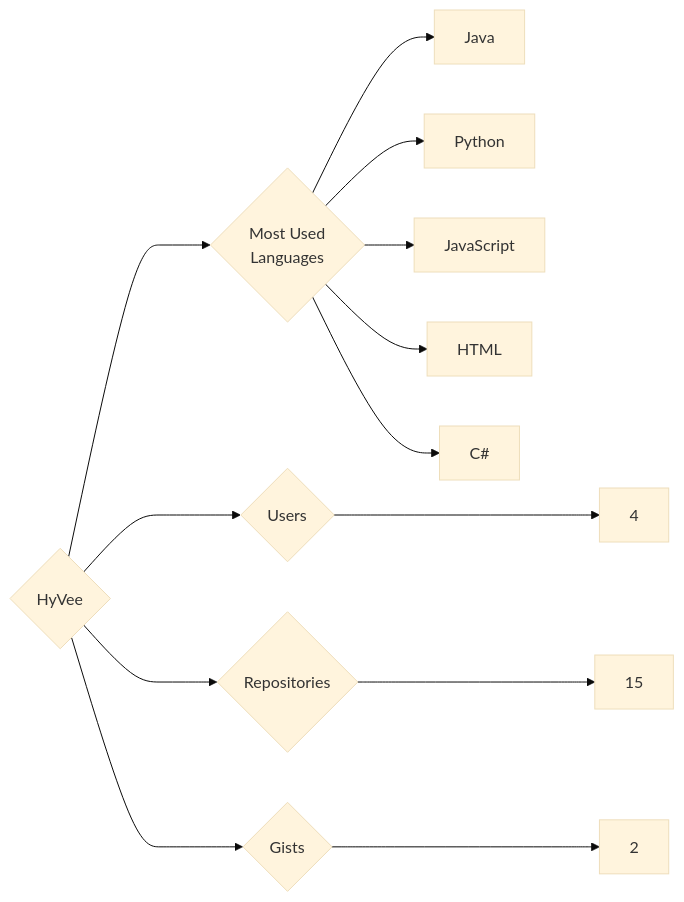
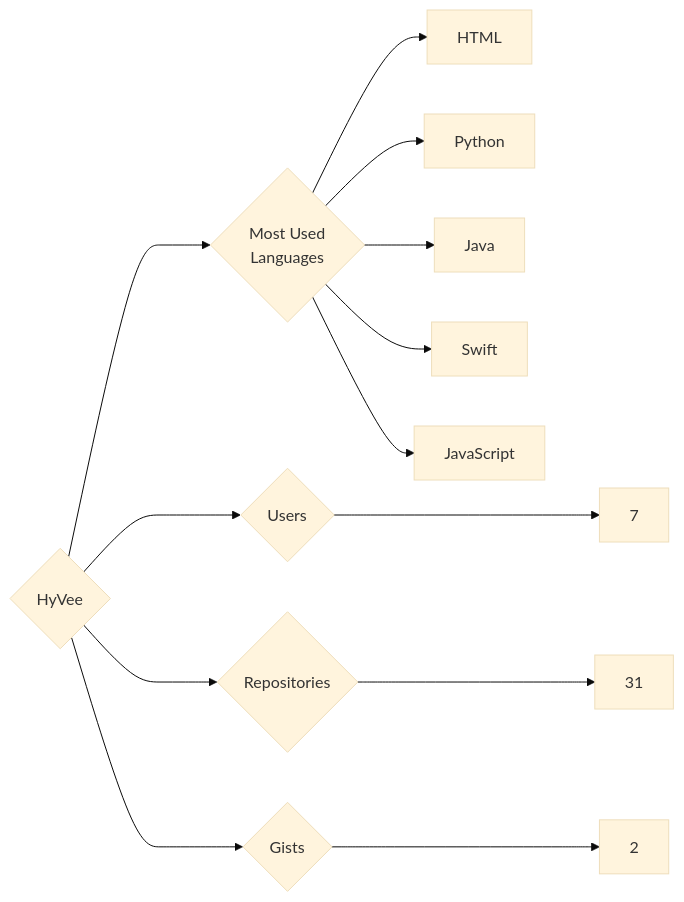
Before and after one commit to trickest/insiders: the diagram in targets/HyVee/README.md, drawn with Mermaid (base theme). The commit also changed 938 other files, not shown here.

````diff
--- a/targets/HyVee/README.md
+++ b/targets/HyVee/README.md
@@ -3,13 +3,13 @@
 ```mermaid
 graph LR
 COMPANY_NAME{HyVee}
-COMPANY_NAME ---> U{Users} ---> UN[4]
-COMPANY_NAME ---> R{Repositories} ---> RN[15]
+COMPANY_NAME ---> U{Users} ---> UN[7]
+COMPANY_NAME ---> R{Repositories} ---> RN[31]
 COMPANY_NAME ---> G{Gists} ---> GN[2]
 COMPANY_NAME ---> ML{Most Used<br>Languages}
+ML --> HTML[HTML]
+ML --> Python[Python]
 ML --> Java[Java]
-ML --> Python[Python]
+ML --> Swift[Swift]
 ML --> JavaScript[JavaScript]
-ML --> HTML[HTML]
-ML --> C#[C#]
 ```
````
